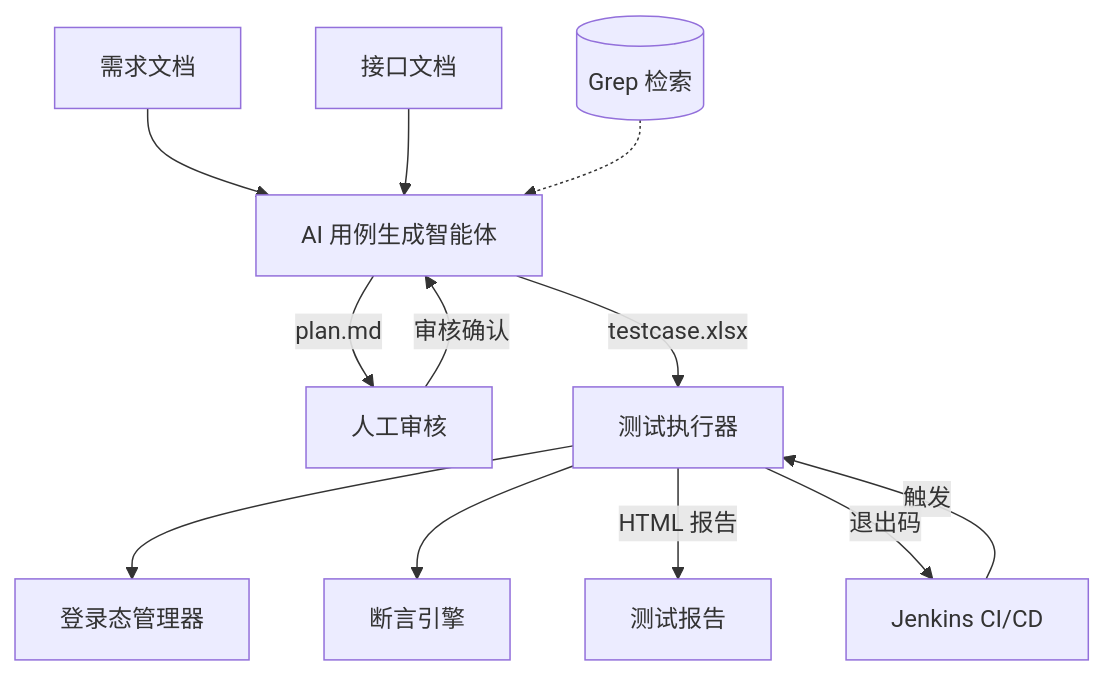
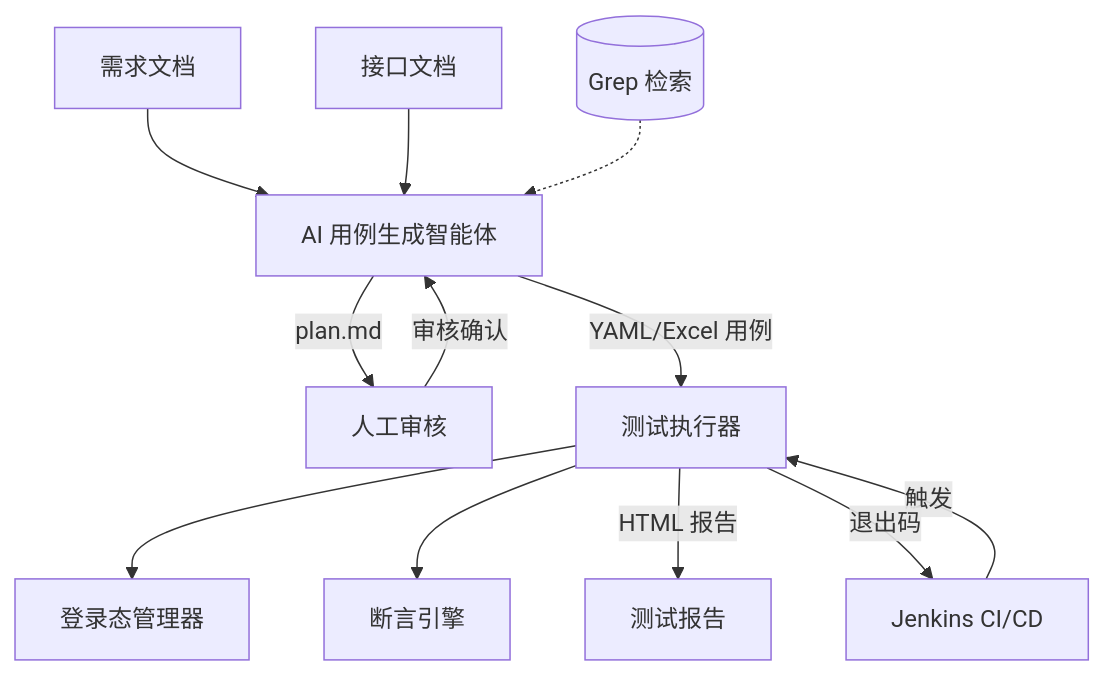
Before and after one commit to Remon-16/flow-forge: the diagram in README.md, drawn with Mermaid. The commit also changed other lines of this file and 5 other files, not shown here.

````diff
--- a/README.md
+++ b/README.md
@@ -43,14 +47,14 @@
 ```mermaid
 graph TD
     REQ[需求文档] --> AGENT[AI 用例生成智能体]
     API[接口文档] --> AGENT
     KB[(Grep 检索)] -.-> AGENT
     AGENT --> |plan.md| REVIEW[人工审核]
     REVIEW --> |审核确认| AGENT
-    AGENT --> |testcase.xlsx| EXEC[测试执行器]
+    AGENT --> |YAML/Excel 用例| EXEC[测试执行器]
     EXEC --> LM[登录态管理器]
     EXEC --> AE[断言引擎]
     EXEC --> |HTML 报告| REPORT[测试报告]
     JENKINS[Jenkins CI/CD] --> |触发| EXEC
     EXEC --> |退出码| JENKINS
 ```
````
